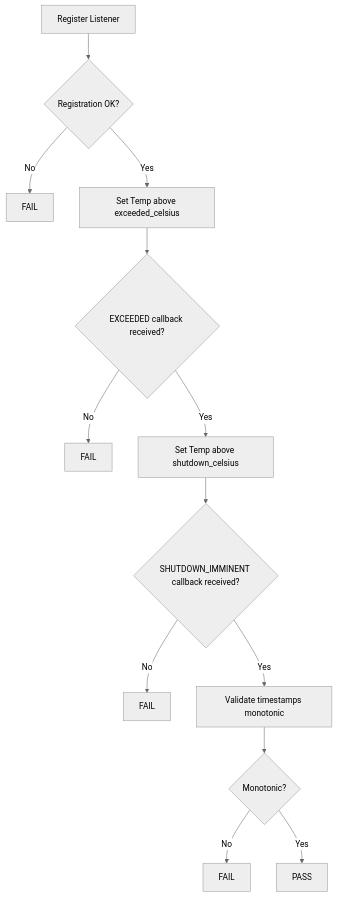
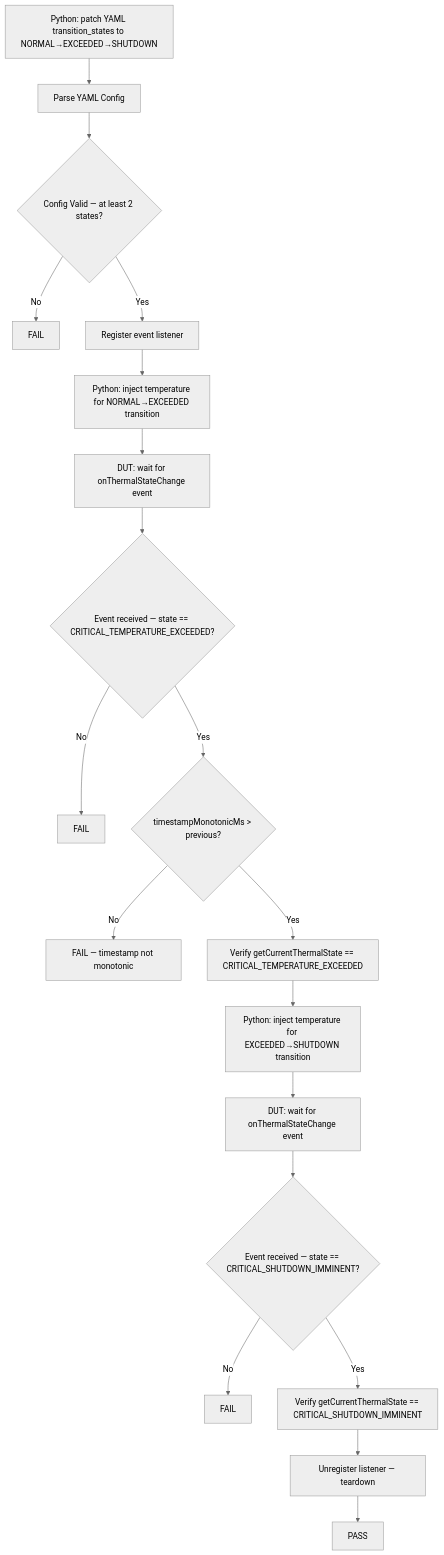
One commit to rdkcentral/rdk-halif-aidl-test-thermal-sensor changed the second of 2 diagrams in docs/pages/thermal_sensor_L3_Low-Level_TestSpecification.md. Above: the diagram before and after it, drawn with Mermaid (neutral theme). The commit also changed other lines of this file and 3 other files, not shown here.

````diff
--- a/docs/pages/thermal_sensor_L3_Low-Level_TestSpecification.md
+++ b/docs/pages/thermal_sensor_L3_Low-Level_TestSpecification.md
@@ -153,15 +229,21 @@
 ```mermaid
 graph TD
-    A[Register Listener] --> B{Registration OK?}
-    B -->|No| C[FAIL]
-    B -->|Yes| D[Set Temp above exceeded_celsius]
-    D --> E{EXCEEDED callback received?}
-    E -->|No| F[FAIL]
-    E -->|Yes| G[Set Temp above shutdown_celsius]
-    G --> H{SHUTDOWN_IMMINENT callback received?}
+    A[Python: patch YAML transition_states to NORMAL→EXCEEDED→SHUTDOWN] --> B[Parse YAML Config]
+    B --> C{Config Valid — at least 2 states?}
+    C -->|No| D[FAIL]
+    C -->|Yes| E[Register event listener]
+    E --> F[Python: inject temperature for NORMAL→EXCEEDED transition]
+    F --> G[DUT: wait for onThermalStateChange event]
+    G --> H{Event received — state == CRITICAL_TEMPERATURE_EXCEEDED?}
     H -->|No| I[FAIL]
-    H -->|Yes| J[Validate timestamps monotonic]
-    J --> K{Monotonic?}
-    K -->|No| L[FAIL]
-    K -->|Yes| M[PASS]
+    H -->|Yes| J{timestampMonotonicMs > previous?}
+    J -->|No| K[FAIL — timestamp not monotonic]
+    J -->|Yes| L[Verify getCurrentThermalState == CRITICAL_TEMPERATURE_EXCEEDED]
+    L --> M[Python: inject temperature for EXCEEDED→SHUTDOWN transition]
+    M --> N[DUT: wait for onThermalStateChange event]
+    N --> O{Event received — state == CRITICAL_SHUTDOWN_IMMINENT?}
+    O -->|No| P[FAIL]
+    O -->|Yes| Q[Verify getCurrentThermalState == CRITICAL_SHUTDOWN_IMMINENT]
+    Q --> R[Unregister listener — teardown]
+    R --> S[PASS]
 ```
````
